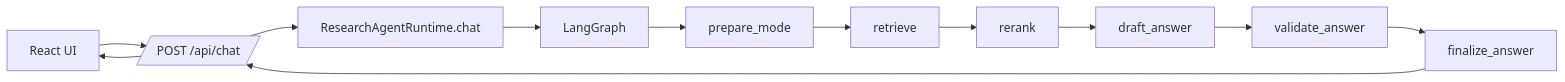
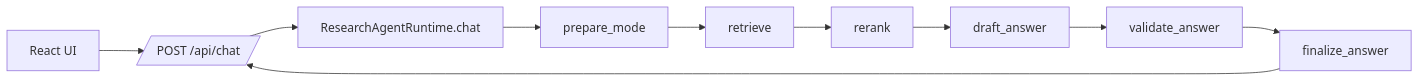
Before and after one commit to Paraxanos/research_agent: the first of 3 diagrams in docs/architecture_walkthrough.md, drawn with Mermaid. The commit also changed other lines of this file and 10 other files, not shown here.

````diff
--- a/docs/architecture_walkthrough.md
+++ b/docs/architecture_walkthrough.md
@@ -28,14 +19,12 @@
 ```mermaid
 flowchart LR
   UI[React UI] --> API[/POST /api/chat/]
   API --> RT[ResearchAgentRuntime.chat]
-  RT --> G[LangGraph]
-  G --> P[prepare_mode]
-  P --> R[retrieve]
-  R --> RR[rerank]
-  RR --> D[draft_answer]
-  D --> V[validate_answer]
-  V --> F[finalize_answer]
-  F --> API
-  API --> UI
+  RT --> PREP[prepare_mode]
+  PREP --> RETR[retrieve]
+  RETR --> RERANK[rerank]
+  RERANK --> DRAFT[draft_answer]
+  DRAFT --> VALID[validate_answer]
+  VALID --> FINAL[finalize_answer]
+  FINAL --> API
 ```
````
